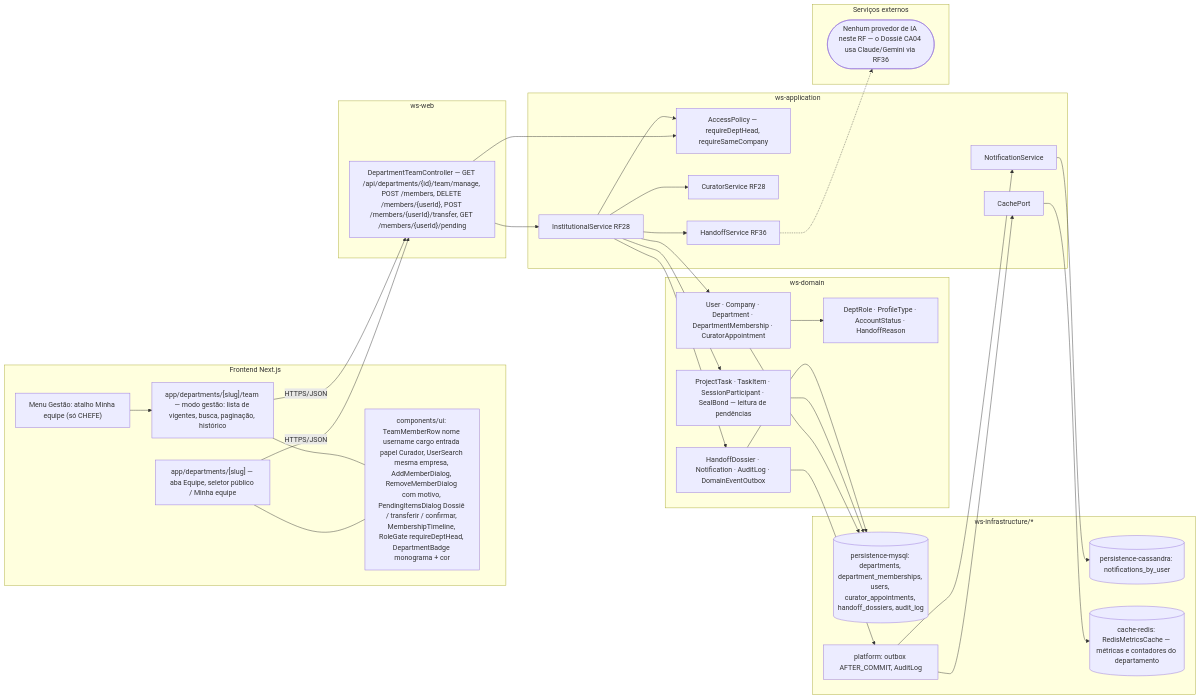
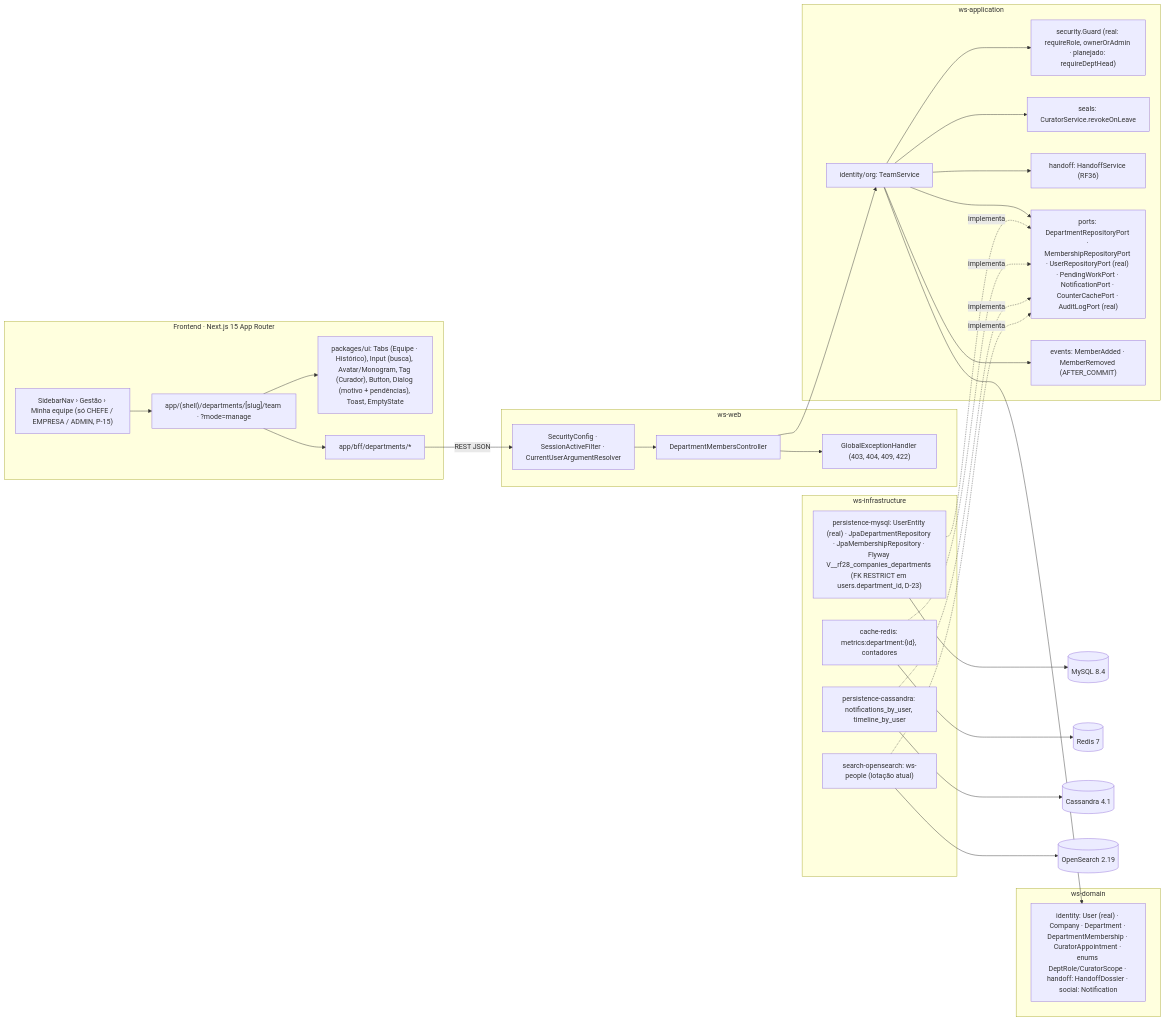
One commit to MatheusHaliski/Decia-app-2026 changed the fifth of 5 diagrams in docs/diagramas/RF9/README.md. Above: the diagram before and after it, drawn with Mermaid. The commit also changed other lines of this file and 4 other files, not shown here.

First line of the commit message:
docs(diagramas): reescreve RF6–RF9 (perfil empresarial, abrir tarefa do projeto, editar arquivos, equipe do chefe)

````diff
--- a/docs/diagramas/RF9/README.md
+++ b/docs/diagramas/RF9/README.md
@@ -498,64 +392,51 @@
 ```mermaid
 flowchart LR
-  subgraph FE["Frontend Next.js"]
-    F1["app/departments/[slug] — aba Equipe, seletor público / Minha equipe"]
-    F2["app/departments/[slug]/team — modo gestão: lista de vigentes, busca, paginação, histórico"]
-    F3["components/ui: TeamMemberRow nome username cargo entrada papel Curador, UserSearch mesma empresa, AddMemberDialog, RemoveMemberDialog com motivo, PendingItemsDialog Dossiê / transferir / confirmar, MembershipTimeline, RoleGate requireDeptHead, DepartmentBadge monograma + cor"]
-    F4["Menu Gestão: atalho Minha equipe (só CHEFE)"]
+  subgraph FE["Frontend · Next.js 15 App Router"]
+    PG["app/(shell)/departments/[slug]/team · ?mode=manage"]
+    UI["packages/ui: Tabs (Equipe · Histórico), Input (busca), Avatar/Monogram, Tag (Curador), Button, Dialog (motivo + pendências), Toast, EmptyState"]
+    SN["SidebarNav › Gestão › Minha equipe (só CHEFE / EMPRESA / ADMIN, P-15)"]
+    BFF["app/bff/departments/*"]
+    PG --> UI
+    PG --> BFF
+    SN --> PG
+  end
+  subgraph WSWEB["ws-web"]
+    SEC["SecurityConfig · SessionActiveFilter · CurrentUserArgumentResolver"]
+    DC["DepartmentMembersController"]
+    GEH["GlobalExceptionHandler (403, 404, 409, 422)"]
+  end
+  subgraph WSAPP["ws-application"]
+    TS["identity/org: TeamService"]
+    GD["security.Guard (real: requireRole, ownerOrAdmin · planejado: requireDeptHead)"]
+    CUR["seals: CuratorService.revokeOnLeave"]
+    HO["handoff: HandoffService (RF36)"]
+    PORTS["ports: DepartmentRepositoryPort · MembershipRepositoryPort · UserRepositoryPort (real) · PendingWorkPort · NotificationPort · CounterCachePort · AuditLogPort (real)"]
+    EVT["events: MemberAdded · MemberRemoved (AFTER_COMMIT)"]
+    TS --> GD
+    TS --> CUR
+    TS --> HO
+    TS --> PORTS
+    TS --> EVT
+  end
+  subgraph WSDOM["ws-domain"]
+    DOM["identity: User (real) · Company · Department · DepartmentMembership · CuratorAppointment · enums DeptRole/CuratorScope · handoff: HandoffDossier · social: Notification"]
+  end
+  subgraph INFRA["ws-infrastructure"]
+    MY["persistence-mysql: UserEntity (real) · JpaDepartmentRepository · JpaMembershipRepository · Flyway V__rf28_companies_departments (FK RESTRICT em users.department_id, D-23)"]
+    RDS["cache-redis: metrics:department:{id}, contadores"]
+    CAS["persistence-cassandra: notifications_by_user, timeline_by_user"]
+    OSE["search-opensearch: ws-people (lotação atual)"]
   end
 
-  subgraph WEB["ws-web"]
-    C1["DepartmentTeamController — GET /api/departments/{id}/team/manage, POST /members, DELETE /members/{userId}, POST /members/{userId}/transfer, GET /members/{userId}/pending"]
-  end
-
-  subgraph APP["ws-application"]
-    S1["InstitutionalService RF28"]
-    S2["AccessPolicy — requireDeptHead, requireSameCompany"]
-    S3["CuratorService RF28"]
-    S4["HandoffService RF36"]
-    S5["NotificationService"]
-    P1["CachePort"]
-  end
-
-  subgraph DOM["ws-domain"]
-    D1["User · Company · Department · DepartmentMembership · CuratorAppointment"]
-    D2["DeptRole · ProfileType · AccountStatus · HandoffReason"]
-    D3["ProjectTask · TaskItem · SessionParticipant · SealBond — leitura de pendências"]
-    D4["HandoffDossier · Notification · AuditLog · DomainEventOutbox"]
-  end
-
-  subgraph INFRA["ws-infrastructure/*"]
-    I1[("persistence-mysql: departments, department_memberships, users, curator_appointments, handoff_dossiers, audit_log")]
-    I2[("persistence-cassandra: notifications_by_user")]
-    I3[("cache-redis: RedisMetricsCache — métricas e contadores do departamento")]
-    I4["platform: outbox AFTER_COMMIT, AuditLog"]
-  end
-
-  subgraph EXT["Serviços externos"]
-    X1(["Nenhum provedor de IA neste RF — o Dossiê CA04 usa Claude/Gemini via RF36"])
-  end
-
-  F1 --- F3
-  F2 --- F3
-  F4 --> F2
-  F1 -->|"HTTPS/JSON"| C1
-  F2 -->|"HTTPS/JSON"| C1
-  C1 --> S1
-  C1 --> S2
-  S1 --> S2
-  S1 --> S3
-  S1 --> S4
-  S1 --> D1
-  S1 --> D3
-  D1 --> D2
-  S1 --> D4
-  D4 --> I4
-  I4 --> S5
-  I4 --> P1
-  S5 --> I2
-  P1 --> I3
-  D1 --> I1
-  D3 --> I1
-  D4 --> I1
-  S4 -.-> X1
+  BFF -->|"REST JSON"| SEC --> DC --> TS
+  DC --> GEH
+  MY -.implementa.-> PORTS
+  RDS -.implementa.-> PORTS
+  CAS -.implementa.-> PORTS
+  OSE -.implementa.-> PORTS
+  TS --> DOM
+  MY --> DB[("MySQL 8.4")]
+  RDS --> RD[("Redis 7")]
+  CAS --> CDB[("Cassandra 4.1")]
+  OSE --> OSX[("OpenSearch 2.19")]
 ```
````
